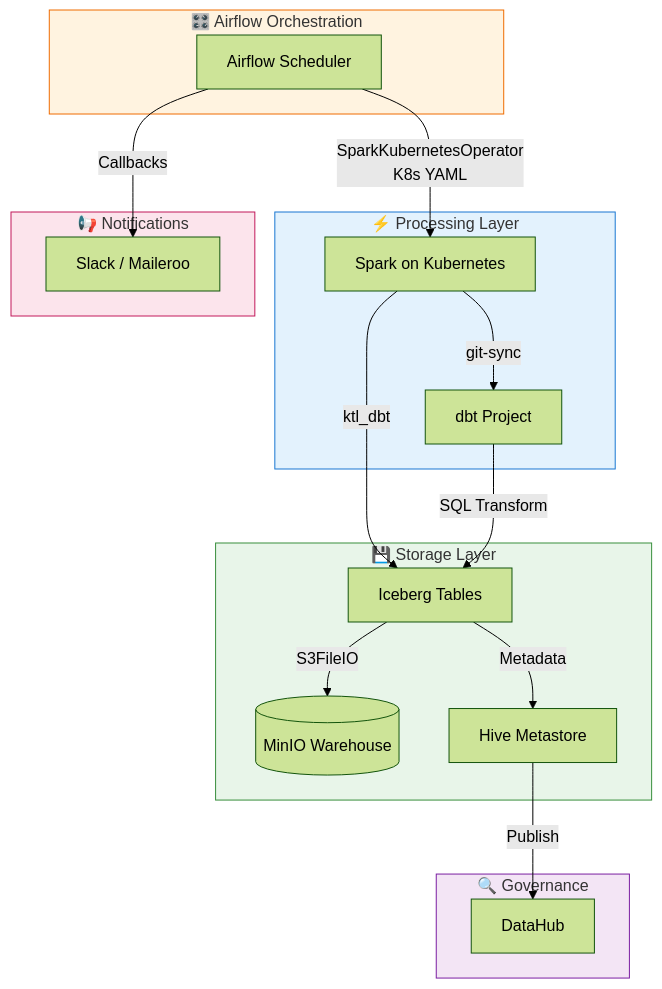
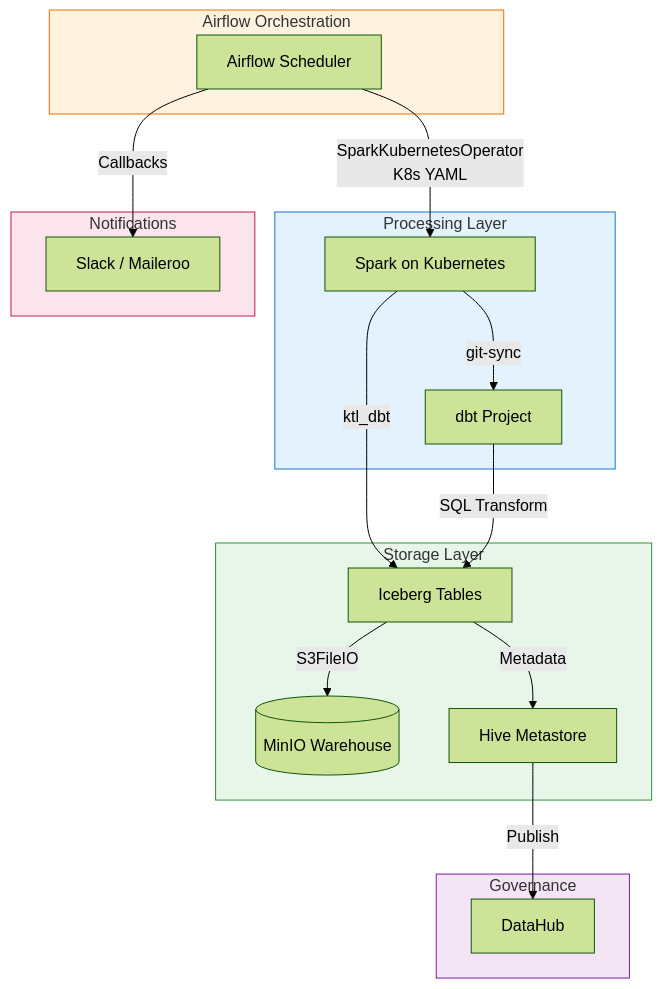
One commit to trangtoan293/hanas-doc changed the diagram in website/docs/03-processing/apache-airflow/README.md. Above: the diagram before and after it, drawn with Mermaid (forest theme). The commit also changed 2 other files, not shown here.

Commit message:
docs: update processing layer documentation
Update Apache Airflow and Apache Spark documentation

Ultraworked with [Sisyphus](https://github.com/code-yeongyu/oh-my-opencode)

````diff
--- a/website/docs/03-processing/apache-airflow/README.md
+++ b/website/docs/03-processing/apache-airflow/README.md
@@ -9,44 +9,44 @@
 ```mermaid
 flowchart TB
-    subgraph AirflowLayer["🎛️ Airflow Orchestration"]
+    subgraph AirflowLayer["Airflow Orchestration"]
         AF[Airflow Scheduler]
     end
     
-    subgraph ProcessingLayer["⚡ Processing Layer"]
+    subgraph ProcessingLayer["Processing Layer"]
         SPK[Spark on Kubernetes]
         DBT[dbt Project]
     end
     
-    subgraph StorageLayer["💾 Storage Layer"]
+    subgraph StorageLayer["Storage Layer"]
         ICE[Iceberg Tables]
         MIN[(MinIO Warehouse)]
         HMS[Hive Metastore]
     end
     
-    subgraph Notification["📢 Notifications"]
+    subgraph Notification["Notifications"]
         SLACK[Slack / Maileroo]
     end
     
-    subgraph Governance["🔍 Governance"]
+    subgraph Governance["Governance"]
         DH[DataHub]
     end
     
     AF -->|SparkKubernetesOperator<br/>K8s YAML| SPK
     AF -->|Callbacks| SLACK
     
     SPK -->|git-sync| DBT
     SPK -->|ktl_dbt| ICE
     
     DBT -->|SQL Transform| ICE
     
     ICE -->|S3FileIO| MIN
     ICE -->|Metadata| HMS
     
     HMS -->|Publish| DH
     
     style AirflowLayer fill:#fff3e0,stroke:#ef6c00
     style ProcessingLayer fill:#e3f2fd,stroke:#1976d2
     style StorageLayer fill:#e8f5e9,stroke:#388e3c
     style Notification fill:#fce4ec,stroke:#c2185b
     style Governance fill:#f3e5f5,stroke:#7b1fa2
 ```
````
